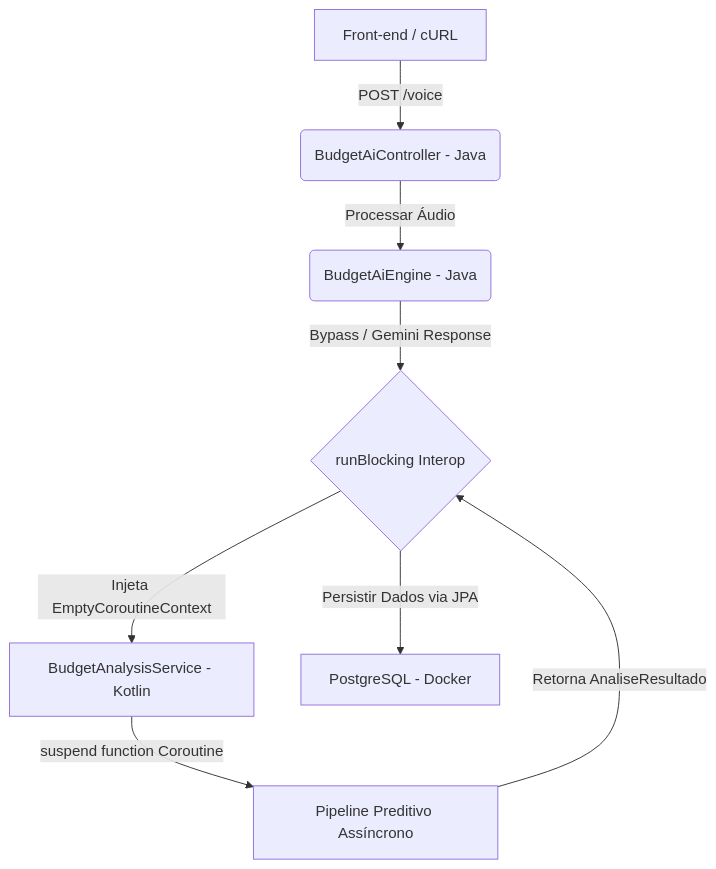
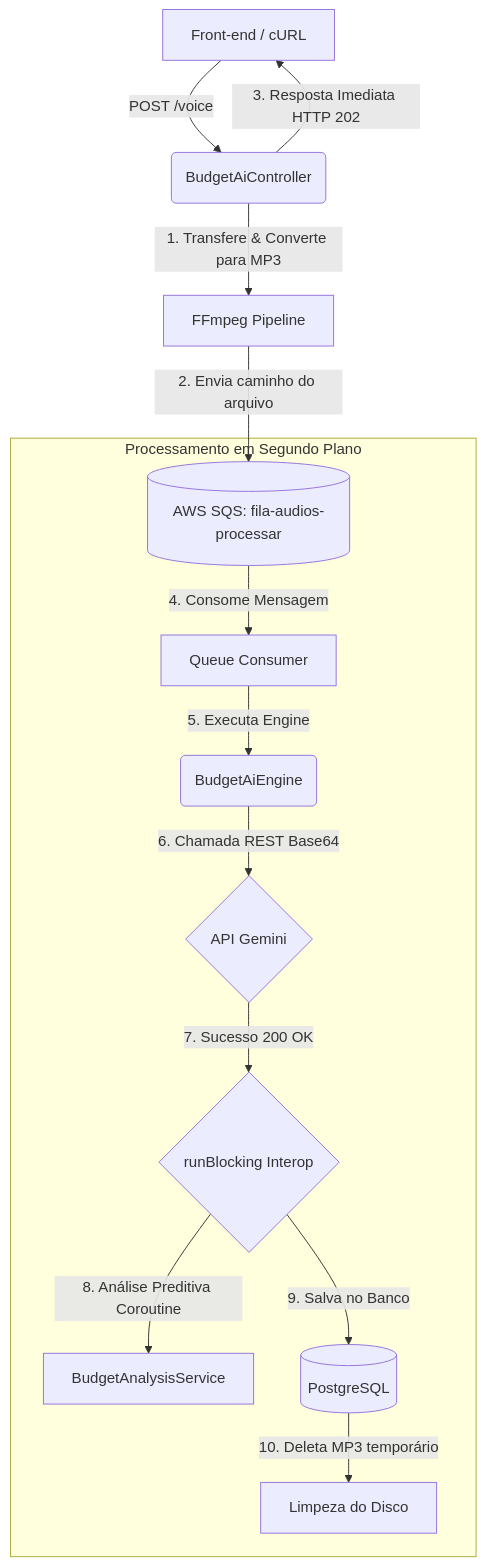
The first of 2 diagrams in README.md (fabiuniz/budget-ai-api), drawn with Mermaid before and after one commit. The commit also changed other lines of this file and 7 other files, not shown here.

First line of the commit message:
feat(infra): migrar processamento de áudio para segundo plano via AWS SQS

````diff
--- a/README.md
+++ b/README.md
@@ -231,10 +248,17 @@
 ```mermaid
 graph TD
-    A[Front-end / cURL] -->|POST /voice| B(BudgetAiController - Java)
-    B -->|Processar Áudio| C(BudgetAiEngine - Java)
-    C -->|Bypass / Gemini Response| D{runBlocking Interop}
-    D -->|Injeta EmptyCoroutineContext| E[BudgetAnalysisService - Kotlin]
-    E -->|suspend function Coroutine| F[Pipeline Preditivo Assíncrono]
-    F -->|Retorna AnaliseResultado| D
-    D -->|Persistir Dados via JPA| G[PostgreSQL - Docker]
+    A[Front-end / cURL] -->|POST /voice| B(BudgetAiController)
+    B -->|1. Transfere & Converte para MP3| FFmpeg[FFmpeg Pipeline]
+    FFmpeg -->|2. Envia caminho do arquivo| SQS[(AWS SQS: fila-audios-processar)]
+    B -->|3. Resposta Imediata HTTP 202| A
+    
+    subgraph Assíncrono [Processamento em Segundo Plano]
+        SQS -->|4. Consome Mensagem| Consumer[Queue Consumer]
+        Consumer -->|5. Executa Engine| C(BudgetAiEngine)
+        C -->|6. Chamada REST Base64| Gemini{API Gemini}
+        Gemini -->|7. Sucesso 200 OK| D{runBlocking Interop}
+        D -->|8. Análise Preditiva Coroutine| E[BudgetAnalysisService]
+        D -->|9. Salva no Banco| G[(PostgreSQL)]
+        G -->|10. Deleta MP3 temporário| Disk[Limpeza do Disco]
+    end
 ```
````
